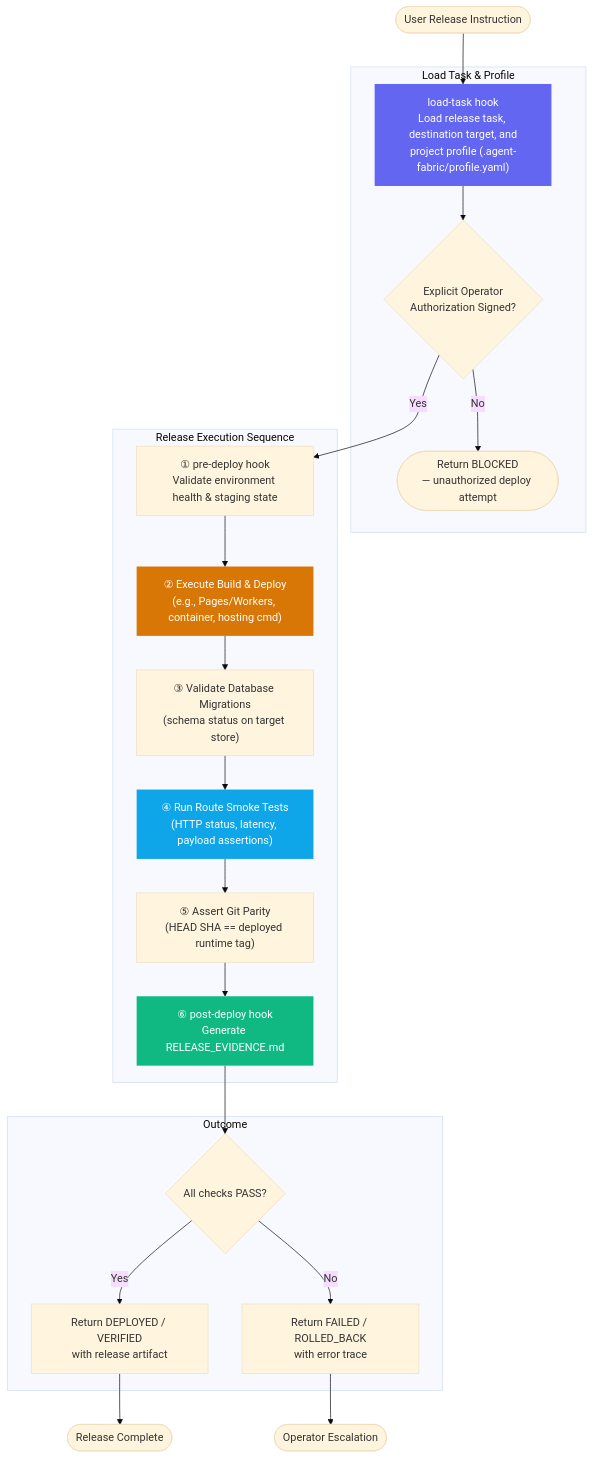
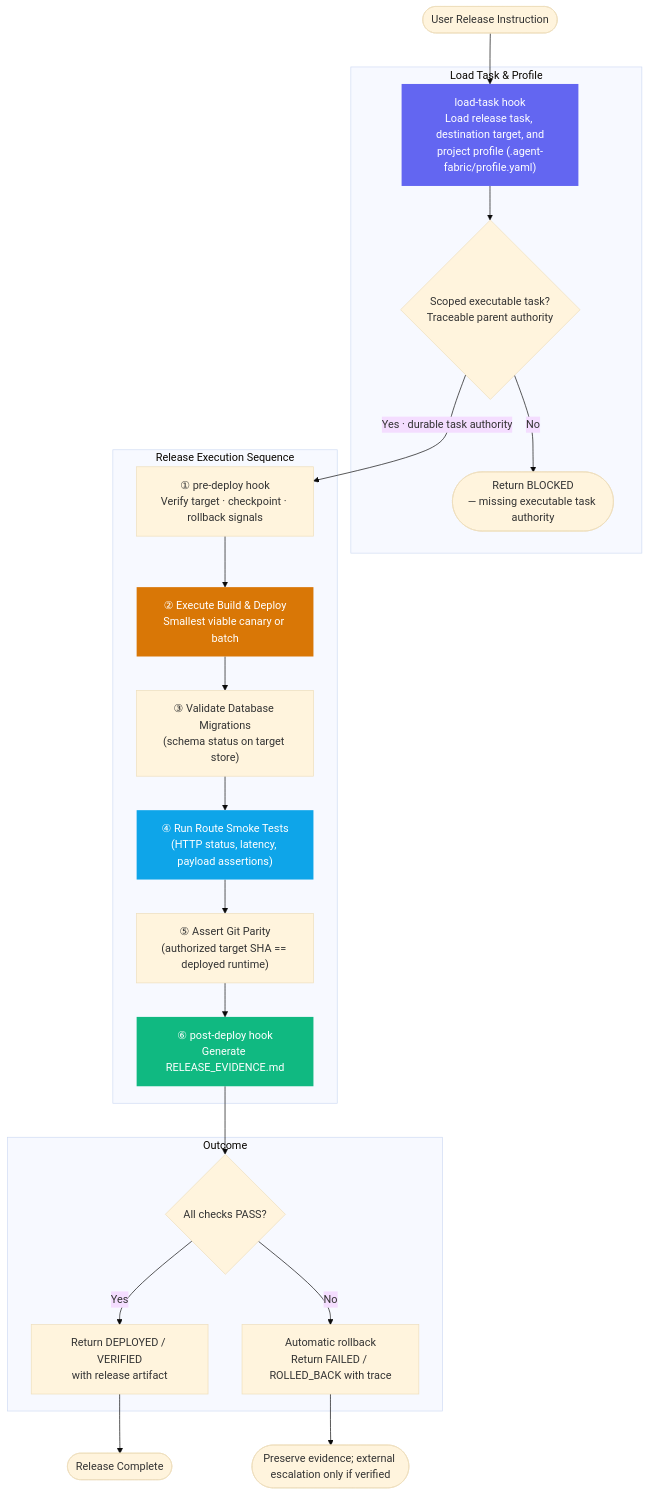
The diagram in docs/architecture/deploy-supervisor.md (ericmaster/agent-fabric), drawn with Mermaid (base theme) before and after one commit. The commit also changed other lines of this file and 30 other files, not shown here.

````diff
--- a/docs/architecture/deploy-supervisor.md
+++ b/docs/architecture/deploy-supervisor.md
@@ -11,40 +13,40 @@
 ```mermaid
 flowchart TD
     START([User Release Instruction]) --> LT
 
     subgraph "Load Task & Profile"
         LT["load-task hook\nLoad release task, destination target, and\nproject profile (.agent-fabric/profile.yaml)"]
-        CONFIRM{"Explicit Operator\nAuthorization Signed?"}
-        BLOCKED_GATE([Return BLOCKED\n— unauthorized deploy attempt])
+        CONFIRM{"Scoped executable task?\nTraceable parent authority"}
+        BLOCKED_GATE([Return BLOCKED\n— missing executable task authority])
     end
 
     LT --> CONFIRM
     CONFIRM -- No --> BLOCKED_GATE
-    CONFIRM -- Yes --> PRE_DEPLOY
+    CONFIRM -- "Yes · durable task authority" --> PRE_DEPLOY
 
     subgraph "Release Execution Sequence"
-        PRE_DEPLOY["① pre-deploy hook\nValidate environment health & staging state"]
-        DEPLOY["② Execute Build & Deploy\n(e.g., Pages/Workers, container, hosting cmd)"]
+        PRE_DEPLOY["① pre-deploy hook\nVerify target · checkpoint · rollback signals"]
+        DEPLOY["② Execute Build & Deploy\nSmallest viable canary or batch"]
         MIG["③ Validate Database Migrations\n(schema status on target store)"]
         SMOKE["④ Run Route Smoke Tests\n(HTTP status, latency, payload assertions)"]
-        PARITY["⑤ Assert Git Parity\n(HEAD SHA == deployed runtime tag)"]
+        PARITY["⑤ Assert Git Parity\n(authorized target SHA == deployed runtime)"]
         POST_DEPLOY["⑥ post-deploy hook\nGenerate RELEASE_EVIDENCE.md"]
     end
 
     PRE_DEPLOY --> DEPLOY --> MIG --> SMOKE --> PARITY --> POST_DEPLOY
 
     subgraph "Outcome"
         RESULT{All checks PASS?}
         REP_PASS["Return DEPLOYED / VERIFIED\nwith release artifact"]
-        REP_FAIL["Return FAILED / ROLLED_BACK\nwith error trace"]
+        REP_FAIL["Automatic rollback\nReturn FAILED / ROLLED_BACK with trace"]
     end
 
     POST_DEPLOY --> RESULT
     RESULT -- Yes --> REP_PASS --> DONE([Release Complete])
-    RESULT -- No --> REP_FAIL --> ESCALATE([Operator Escalation])
+    RESULT -- No --> REP_FAIL --> ESCALATE([Preserve evidence; external escalation only if verified])
 
     style LT fill:#6366f1,color:#fff,stroke:none
     style DEPLOY fill:#d97706,color:#fff,stroke:none
     style SMOKE fill:#0ea5e9,color:#fff,stroke:none
     style POST_DEPLOY fill:#10b981,color:#fff,stroke:none
 ```
````
